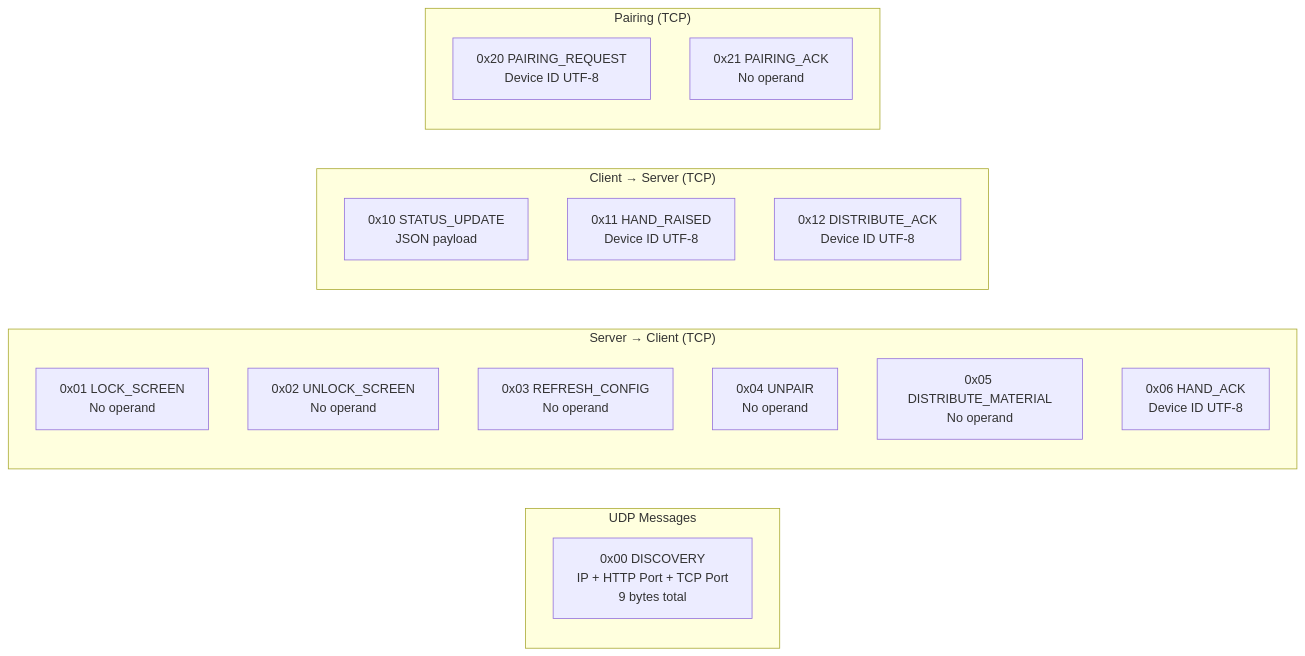
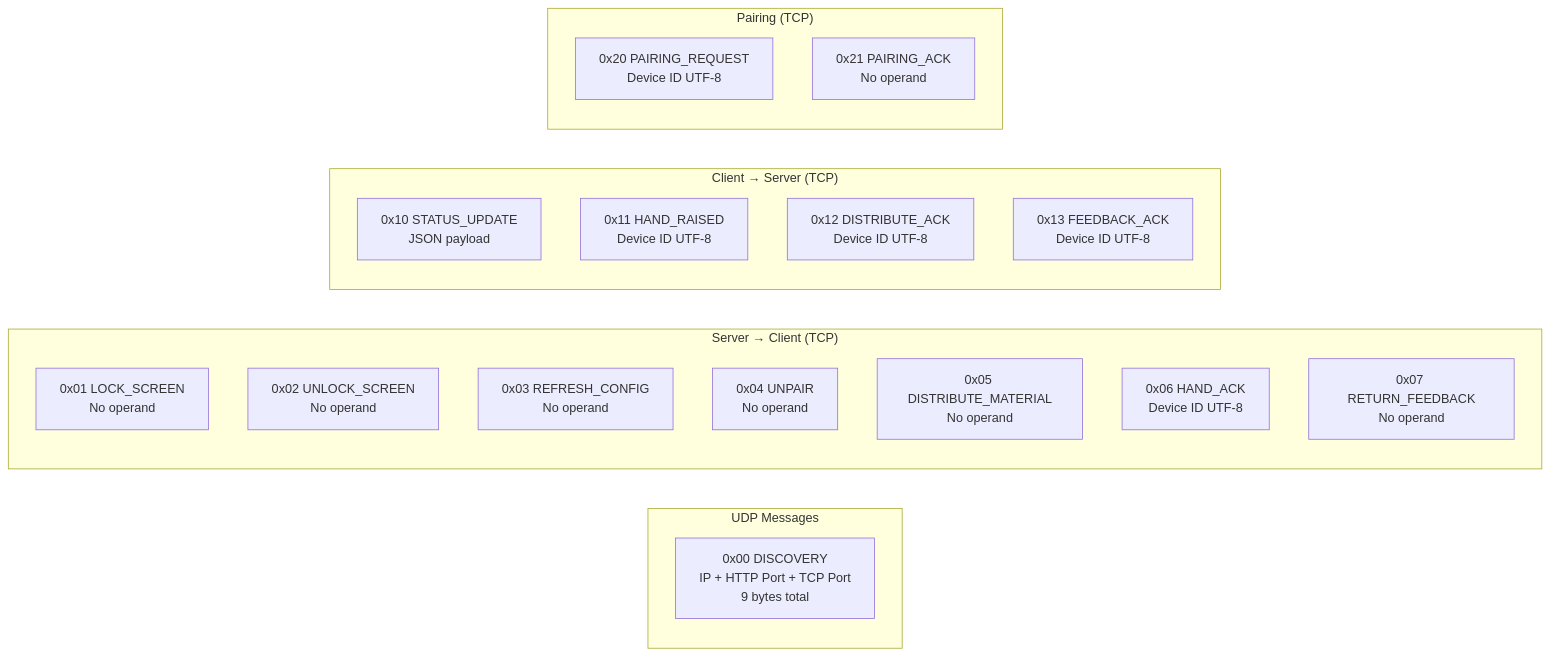
Before and after one commit to raphaellith/Manuscripta: diagram 13 of 14 in docs/Android System Design.md, drawn with Mermaid. The commit also changed other lines of this file, not shown here.

First line of the commit message:
docs: add Feedback retrieval mechanism to Android System Design doc

````diff
--- a/docs/Android System Design.md
+++ b/docs/Android System Design.md
@@ -581,26 +644,28 @@
 ```mermaid
 graph LR
     subgraph "UDP Messages"
         DISC[0x00 DISCOVERY<br/>IP + HTTP Port + TCP Port<br/>9 bytes total]
     end
     
     subgraph "Server → Client (TCP)"
         LOCK[0x01 LOCK_SCREEN<br/>No operand]
         UNLOCK[0x02 UNLOCK_SCREEN<br/>No operand]
         REFRESH[0x03 REFRESH_CONFIG<br/>No operand]
         UNPAIR[0x04 UNPAIR<br/>No operand]
         DISTMAT[0x05 DISTRIBUTE_MATERIAL<br/>No operand]
         HANDACK[0x06 HAND_ACK<br/>Device ID UTF-8]
+        RETFEED[0x07 RETURN_FEEDBACK<br/>No operand]
     end
     
     subgraph "Client → Server (TCP)"
         STATUS[0x10 STATUS_UPDATE<br/>JSON payload]
         HAND[0x11 HAND_RAISED<br/>Device ID UTF-8]
         DISTACK[0x12 DISTRIBUTE_ACK<br/>Device ID UTF-8]
+        FEEDACK[0x13 FEEDBACK_ACK<br/>Device ID UTF-8]
     end
     
     subgraph "Pairing (TCP)"
         PREQ[0x20 PAIRING_REQUEST<br/>Device ID UTF-8]
         PACK[0x21 PAIRING_ACK<br/>No operand]
     end
 ```
````
